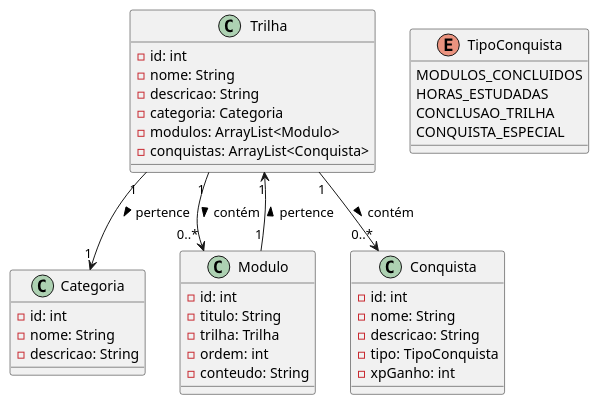
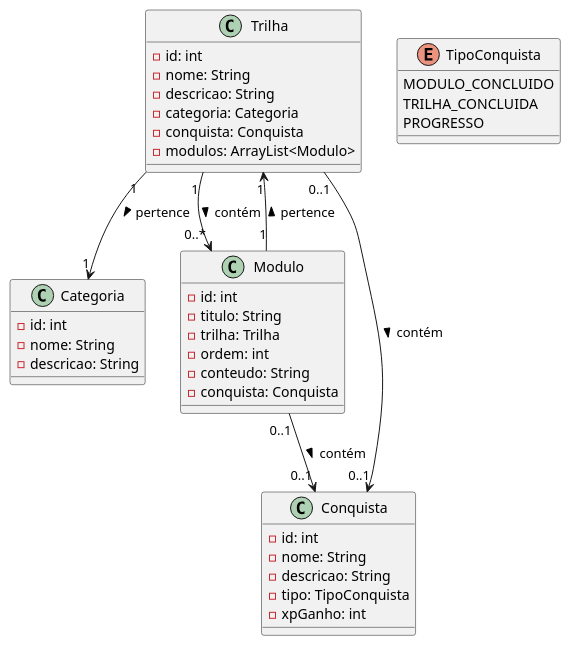
The diagram in Diagrams/classe.puml (BruBSilva/trilha-service), drawn with PlantUML before and after one commit. The commit also changed 12 other files, not shown here.

```diff
--- a/Diagrams/classe.puml
+++ b/Diagrams/classe.puml
@@ -1,52 +1,53 @@
 @startuml
 
 ' Classe Categoria
 class Categoria {
   -id: int
   -nome: String
   -descricao: String
 }
 
 ' Classe Trilha
 class Trilha {
   -id: int
   -nome: String
   -descricao: String
   -categoria: Categoria
+  -conquista: Conquista
   -modulos: ArrayList<Modulo>
-  -conquistas: ArrayList<Conquista>
 }
 
 ' Classe Modulo
 class Modulo {
   -id: int
   -titulo: String
   -trilha: Trilha
   -ordem: int
   -conteudo: String
+  -conquista: Conquista
 }
 
 ' Classe Conquista
 class Conquista {
   -id: int
   -nome: String
   -descricao: String
   -tipo: TipoConquista
   -xpGanho: int
 }
 
 ' Enum para o tipo de conquista
 enum TipoConquista {
-  MODULOS_CONCLUIDOS
-  HORAS_ESTUDADAS
-  CONCLUSAO_TRILHA
-  CONQUISTA_ESPECIAL
+  MODULO_CONCLUIDO
+  TRILHA_CONCLUIDA
+  PROGRESSO
 }
 
 ' Relacionamentos
 Trilha "1" --> "1" Categoria : pertence >
 Trilha "1" --> "0..*" Modulo : contém >
-Trilha "1" --> "0..*" Conquista : contém >
+Trilha "0..1" --> "0..1" Conquista : contém >
+Modulo "0..1" --> "0..1" Conquista : contém >
 Modulo "1" --> "1" Trilha : pertence >
 
 @enduml
```
